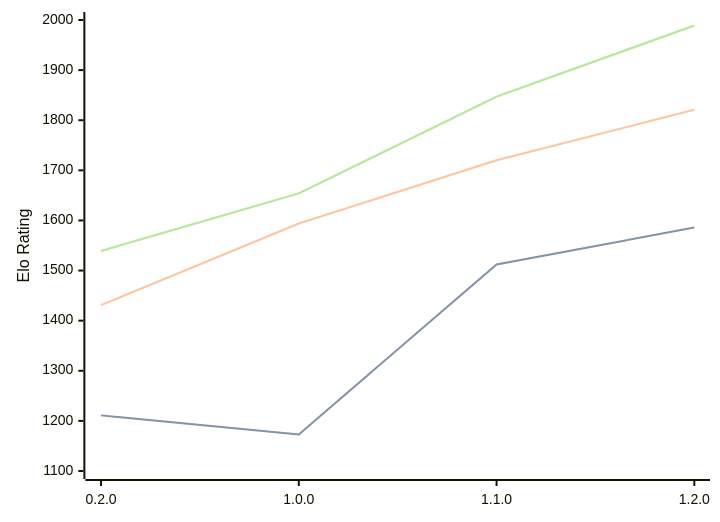
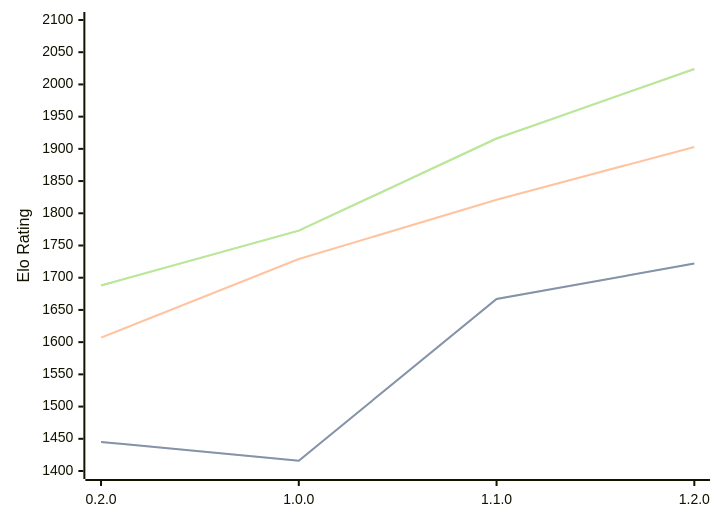
One commit to computer-chess-index/cci changed the diagram in engines/Zeppelin.md. Above: the diagram before and after it, drawn with Mermaid. The commit also changed other lines of this file, not shown here.

Commit message:
Update CCI Ratings (ELO VLTC) - 2026-02-24

````diff
--- a/engines/Zeppelin.md
+++ b/engines/Zeppelin.md
@@ -33,11 +33,11 @@
 ```mermaid
 %%{init: {"theme":"base","themeVariables":{"seriesColors:['#a3a3a3','#222221','#faa371']}}}%%
 xychart-beta
   x-axis ["0.2.0", "1.0.0", "1.1.0", "1.2.0"]
-  y-axis "Elo Rating" 1100 --> 2000
-  line "STC (8.0+0.08s)" [1211, 1173, 1512, 1586]
-  line "STC (8.0+0.08s)" [1211, 1173, 1512, 1586]
-  line "LTC (60.0+0.60s)" [1431, 1594, 1720, 1821]
-  line "VLTC (2m24s+1.12s)" [1539, 1654, 1847, 1989]
-  line "VLTC (2m24s+1.12s)" [1539, 1654, 1847, 1989]
+  y-axis "Elo Rating" 1400 --> 2100
+  line "STC (8.0+0.08s)" [1445, 1416, 1667, 1722]
+  line "STC (8.0+0.08s)" [1445, 1416, 1667, 1722]
+  line "LTC (60.0+0.60s)" [1607, 1729, 1821, 1903]
+  line "VLTC (2m24s+1.12s)" [1688, 1773, 1916, 2024]
+  line "VLTC (2m24s+1.12s)" [1688, 1773, 1916, 2024]
 ```
````
